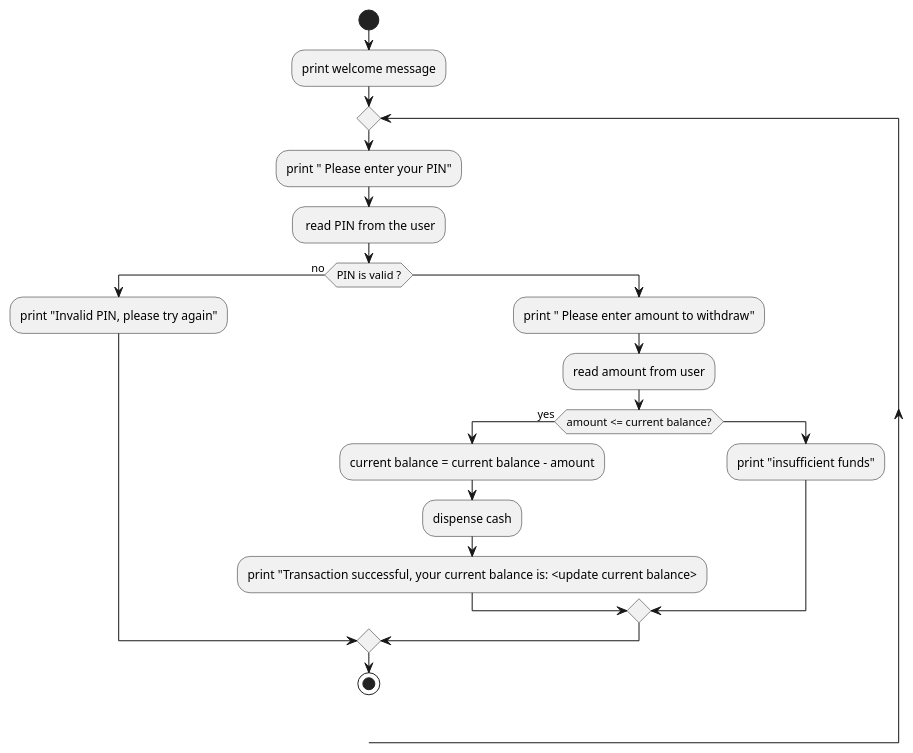
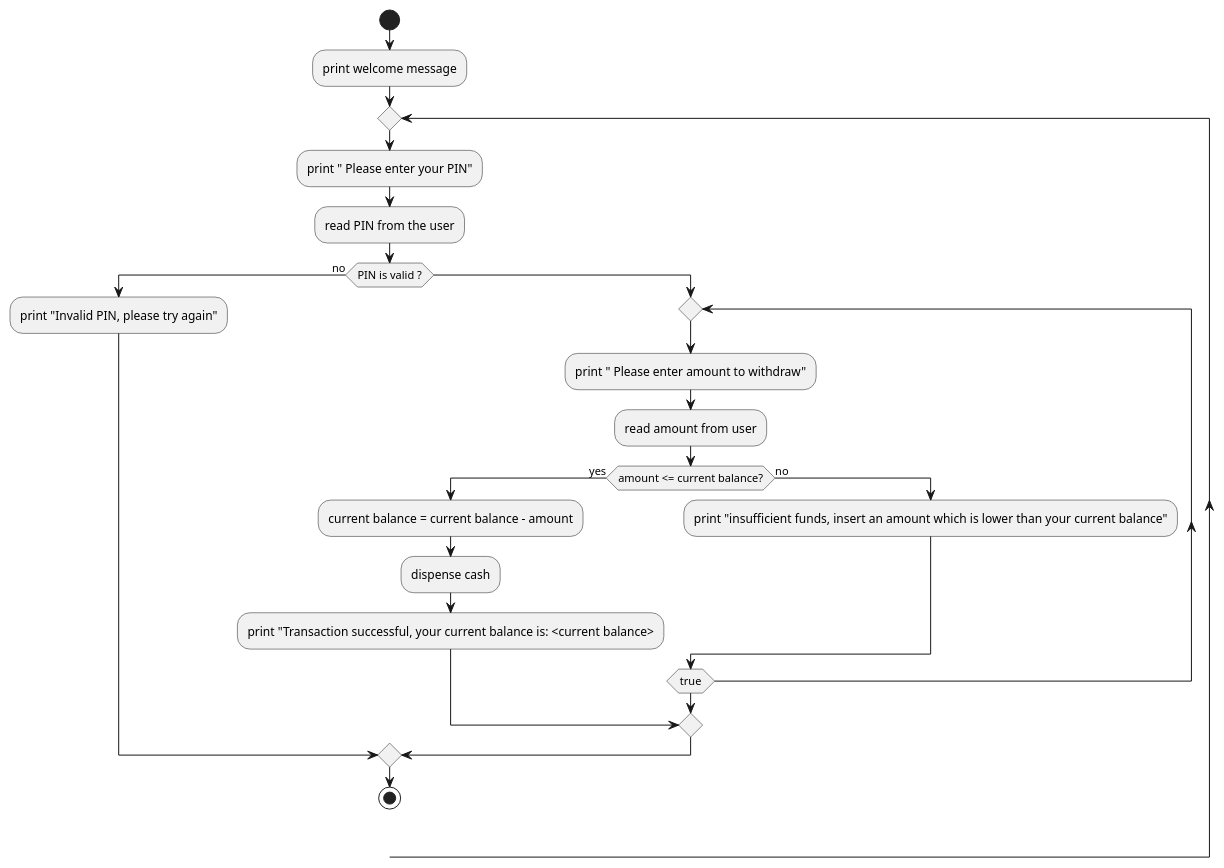
One commit to phuong-dev17/pseudo_code changed the diagram in module_101/Task9.plantuml. Above: the diagram before and after it, drawn with PlantUML. The commit also changed 5 other files, not shown here.

```diff
--- a/module_101/Task9.plantuml
+++ b/module_101/Task9.plantuml
@@ -1,21 +1,25 @@
-@startuml
-    start
-        :print welcome message;
-    repeat
-        :print " Please enter your PIN";
-        : read PIN from the user;
-        if (PIN is valid ?) then (no)
-            :print "Invalid PIN, please try again";
-        else
+@startuml Task9
+start
+:print welcome message;
+repeat
+    :print " Please enter your PIN";
+    :read PIN from the user;
+    if (PIN is valid ?) then (no)
+        :print "Invalid PIN, please try again";
+    else
+        'endless loop
+        repeat
             :print " Please enter amount to withdraw";
             :read amount from user;
             if(amount <= current balance?) then (yes)
                 :current balance = current balance - amount;
                 :dispense cash;
-                :print "Transaction successful, your current balance is: <update current balance>;
-            else
-                :print "insufficient funds";
+                :print "Transaction successful, your current balance is: <current balance>;
+                break
+            else (no)
+                :print "insufficient funds, insert an amount which is lower than your current balance";
             endif
-        endif
-    stop
-    @enduml
+        repeat while (true)
+    endif
+stop
+@enduml
```
